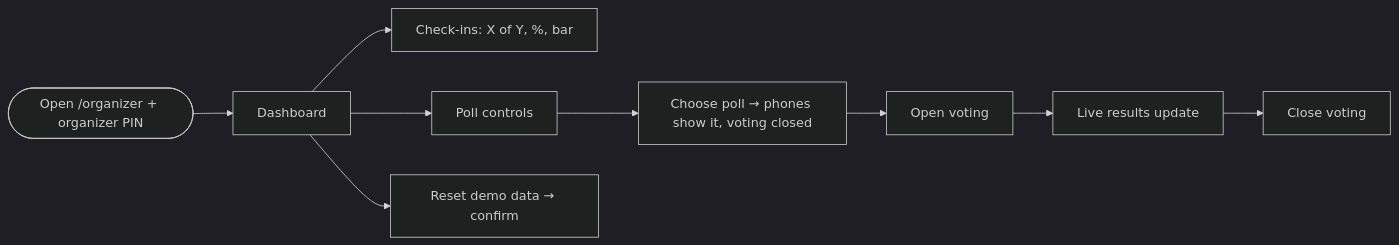
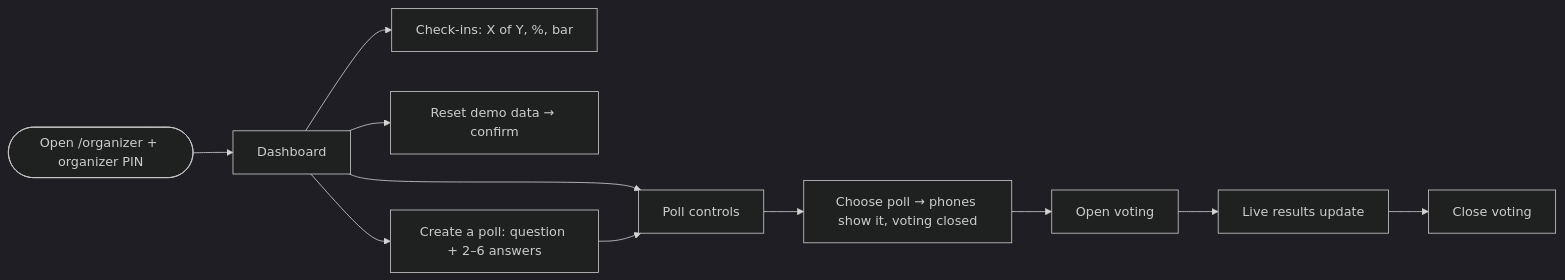
One commit to iankaranja13/Oxygene-Assessment changed the third of 3 diagrams in docs/UX.md. Above: the diagram before and after it, drawn with Mermaid (dark theme). The commit also changed other lines of this file and 4 other files, not shown here.

````diff
--- a/docs/UX.md
+++ b/docs/UX.md
@@ -74,11 +80,12 @@
 ```mermaid
 flowchart LR
     A([Open /organizer + organizer PIN]) --> B[Dashboard]
     B --> C[Check-ins: X of Y, %, bar]
     B --> D[Poll controls]
     D --> E[Choose poll → phones show it, voting closed]
     E --> F[Open voting]
     F --> G[Live results update]
     G --> H[Close voting]
     B --> I[Reset demo data → confirm]
+    B --> N[Create a poll: question + 2–6 answers] --> D
 ```
````
